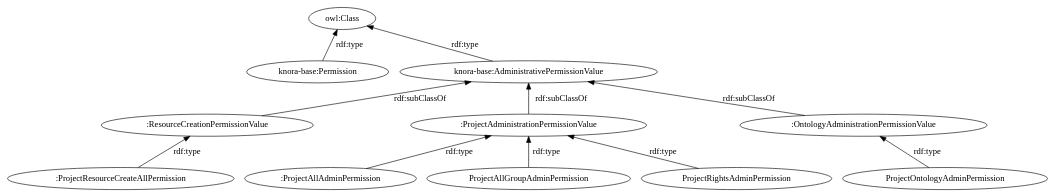
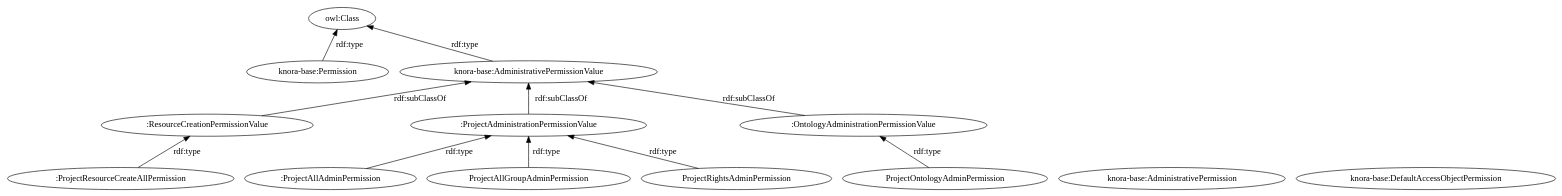
Before and after one commit to dasch-swiss/dsp-api: the sixth of 7 diagrams in docs/rst/knora-api-server/design-documentation/administration.rst, drawn with Graphviz. The commit also changed other lines of this file, not shown here.

```diff
--- a/docs/rst/knora-api-server/design-documentation/administration.rst
+++ b/docs/rst/knora-api-server/design-documentation/administration.rst
@@ -462,34 +507,36 @@
 .. graphviz::
 
    digraph G {
      rankdir="BT"
      
      oc [label="owl:Class"]
      p [label="knora-base:Permission"]
+     ap [label="knora-base:AdministrativePermission"]
+     dp [label="knora-base:DefaultAccessObjectPermission"]
      pv [label="knora-base:AdministrativePermissionValue"]
      
      RCPv [label=":ResourceCreationPermissionValue"]
      PRCAPi [label=":ProjectResourceCreateAllPermission"] 
      
      PAPv [label=":ProjectAdministrationPermissionValue"]
      PAAPi [label=":ProjectAllAdminPermission"]
      PAGAPi [label="ProjectAllGroupAdminPermission"]
      PRAPi [label="ProjectRightsAdminPermission"]
      
      OAPv [label=":OntologyAdministrationPermissionValue"]
      POAPi [label="ProjectOntologyAdminPermission"]
      
      p -> oc [label="rdf:type"]
      pv -> oc [label="rdf:type"]
      
      RCPv -> pv [label="rdf:subClassOf"]
      PRCAPi -> RCPv [label="rdf:type"]
      
      PAPv -> pv [label="rdf:subClassOf"]
      PAAPi -> PAPv [label="rdf:type"]
      PAGAPi -> PAPv [label="rdf:type"]
      PRAPi -> PAPv [label="rdf:type"]
      
      OAPv -> pv [label="rdf:subClassOf"]
      POAPi -> OAPv [label="rdf:type"]
    }
```
